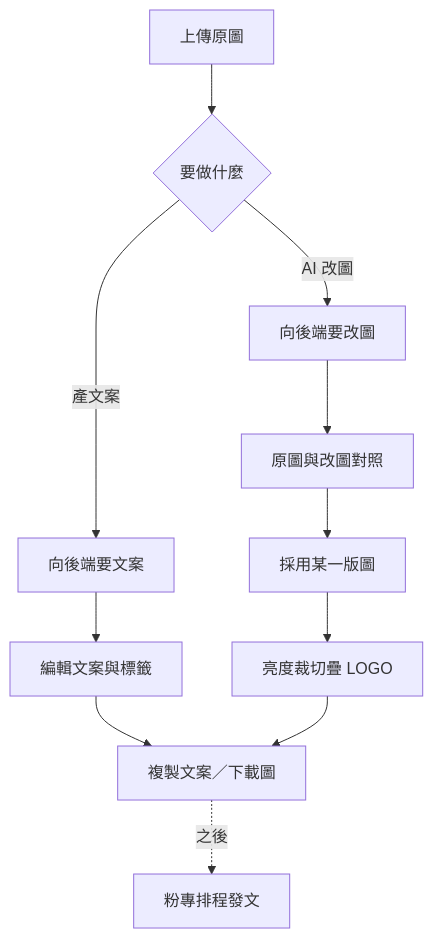
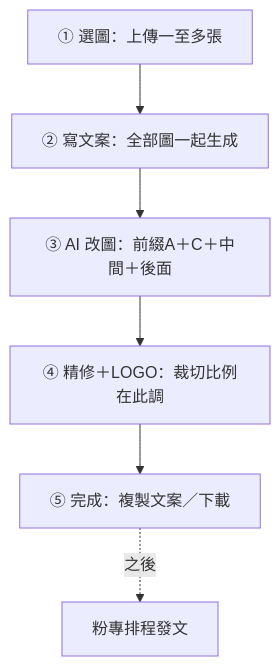
One commit to nephi4377/liff-checkin changed the diagram in SPEC/21_FB_POST_STUDIO_SPEC.md. Above: the diagram before and after it, drawn with Mermaid. The commit also changed other lines of this file and 5 other files, not shown here.

````diff
--- a/SPEC/21_FB_POST_STUDIO_SPEC.md
+++ b/SPEC/21_FB_POST_STUDIO_SPEC.md
@@ -20,13 +20,8 @@
 ```mermaid
 flowchart TB
-  Upload["上傳原圖"] --> Branch{"要做什麼"}
-  Branch -->|"產文案"| CopyAPI["向後端要文案"]
-  Branch -->|"AI 改圖"| EditAPI["向後端要改圖"]
-  CopyAPI --> CopyUI["編輯文案與標籤"]
-  EditAPI --> Compare["原圖與改圖對照"]
-  Compare --> Pick["採用某一版圖"]
-  Pick --> Canvas["亮度裁切疊 LOGO"]
-  CopyUI --> Export["複製文案／下載圖"]
-  Canvas --> Export
-  Export -.->|"之後"| Schedule["粉專排程發文"]
+  S1["① 選圖：上傳一至多張"] --> S2["② 寫文案：全部圖一起生成"]
+  S2 --> S3["③ AI 改圖：前綴A＋C＋中間＋後面"]
+  S3 --> S4["④ 精修＋LOGO：裁切比例在此調"]
+  S4 --> S5["⑤ 完成：複製文案／下載"]
+  S5 -.->|"之後"| Schedule["粉專排程發文"]
 ```
````
